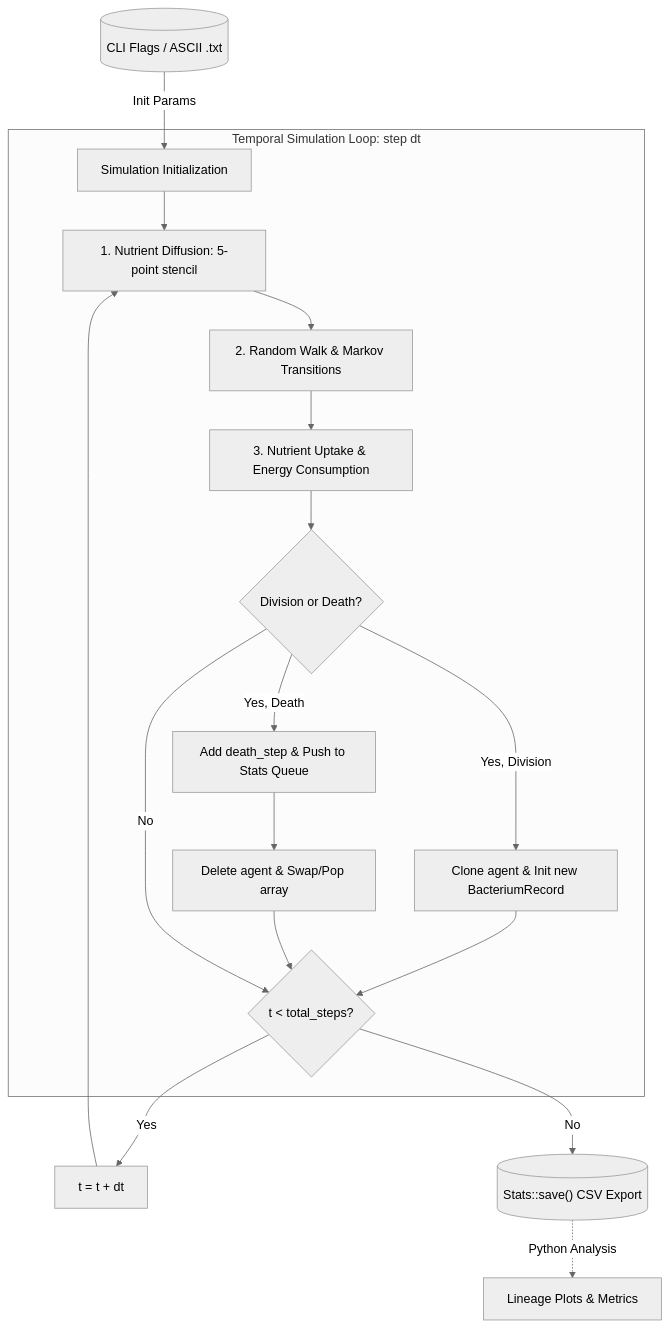
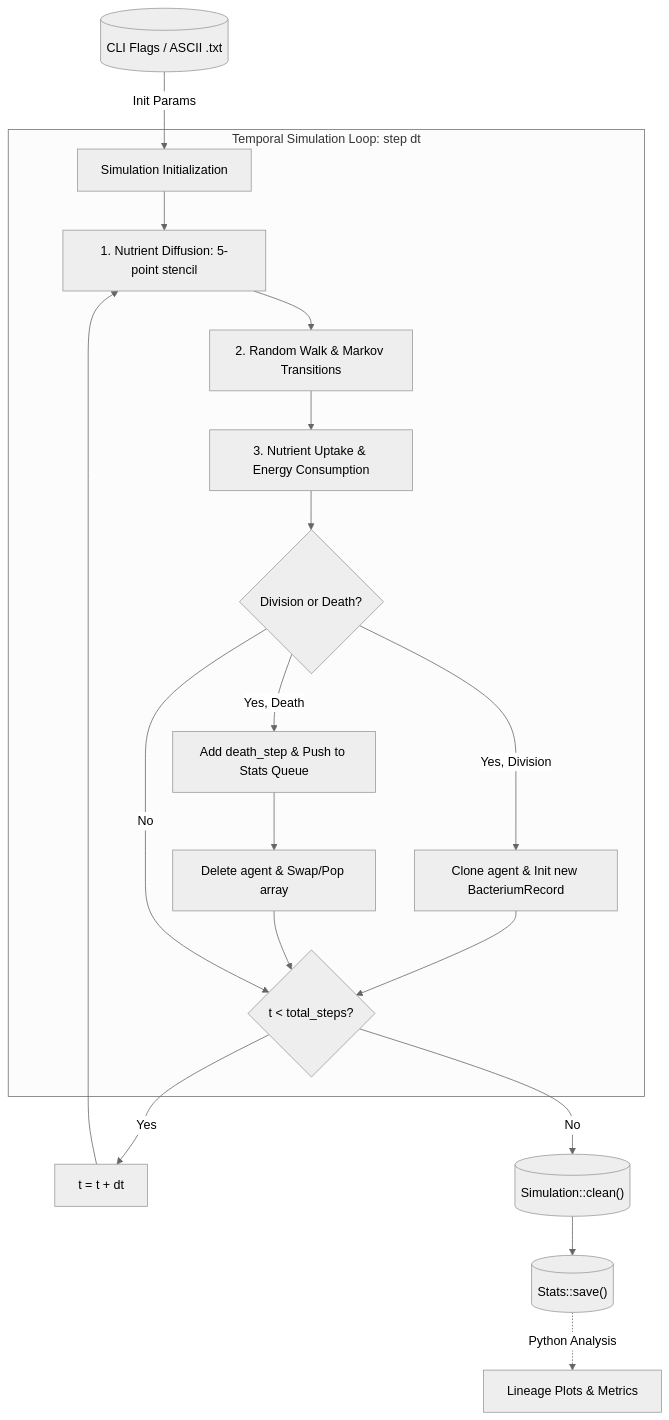
Before and after one commit to axelp-dev/BioChroma: the second of 2 diagrams in docs/ARCHITECTURE.md, drawn with Mermaid (neutral theme). The commit also changed other lines of this file and 3 other files, not shown here.

Commit message:
docs: Update docs with Stats CLI wrapper and export features

````diff
--- a/docs/ARCHITECTURE.md
+++ b/docs/ARCHITECTURE.md
@@ -193,24 +194,25 @@
 ```mermaid 
 flowchart TD
     Config[(CLI Flags / ASCII .txt)] -->|Init Params| Init[Simulation Initialization]
 
     subgraph EngineLoop [Temporal Simulation Loop: step dt]
         Init --> Diffuse[1. Nutrient Diffusion: 5-point stencil]
         Diffuse --> Markov[2. Random Walk & Markov Transitions]
         Markov --> Consume[3. Nutrient Uptake & Energy Consumption]
         Consume --> Events{Division or Death?}
         Events -->|Yes, Division| Clone[Clone agent & Init new BacteriumRecord]
         Events -->|Yes, Death| FinalizeRecord[Add death_step & Push to Stats Queue]
         FinalizeRecord --> DeletePop[Delete agent & Swap/Pop array]
         Clone --> CheckEnd
         DeletePop --> CheckEnd
         Events -->|No| CheckEnd
     end
 
     CheckEnd{t < total_steps?}
     CheckEnd -->|Yes| NextStep[t = t + dt]
     NextStep --> Diffuse
 
-    CheckEnd -->|No| ExportCSV[("Stats::save() CSV Export")]
-    ExportCSV -.->|Python Analysis| PyPlots[Lineage Plots & Metrics]
+    CheckEnd -->|No| ExportCSV[("Simulation::clean()")]
+    ExportCSV --> StatsSave[("Stats::save()")]
+    StatsSave -.->|Python Analysis| PyPlots[Lineage Plots & Metrics]
 ```
````
